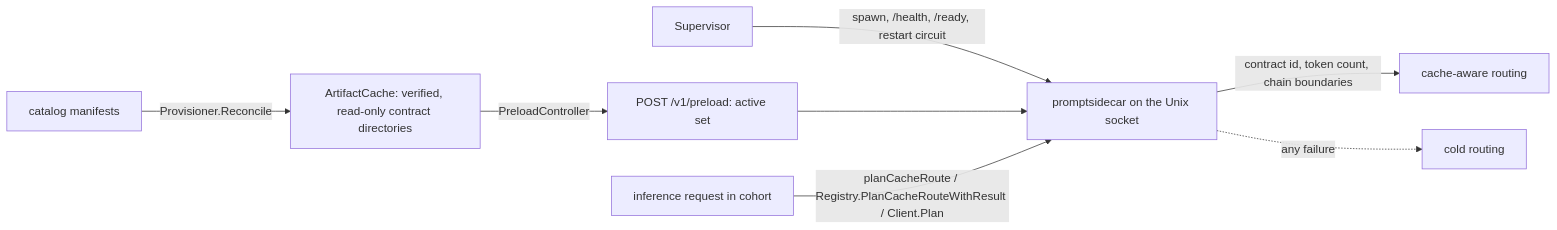
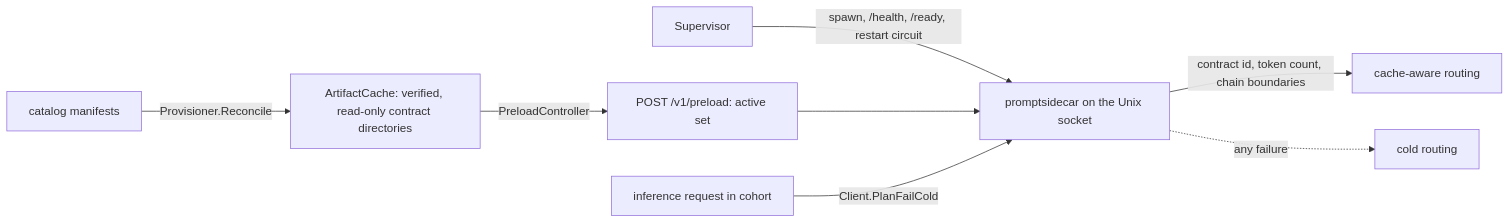
One commit to Layr-Labs/d-inference changed the diagram in docs/architecture/prompt-contract-sidecar.md. Above: the diagram before and after it, drawn with Mermaid. The commit also changed other lines of this file and 10 other files, not shown here.

````diff
--- a/docs/architecture/prompt-contract-sidecar.md
+++ b/docs/architecture/prompt-contract-sidecar.md
@@ -53,10 +45,10 @@
 ```mermaid
 flowchart LR
     CAT[catalog manifests] -- Provisioner.Reconcile --> AC[ArtifactCache: verified, read-only contract directories]
     AC -- PreloadController --> PRE[POST /v1/preload: active set]
     SUP[Supervisor] -- spawn, /health, /ready, restart circuit --> SC[promptsidecar on the Unix socket]
     PRE --> SC
-    REQ[inference request in cohort] -- planCacheRoute / Registry.PlanCacheRouteWithResult / Client.Plan --> SC
+    REQ[inference request in cohort] -- Client.PlanFailCold --> SC
     SC -- contract id, token count, chain boundaries --> ROUTE[cache-aware routing]
     SC -. any failure .-> COLD[cold routing]
 ```
````
